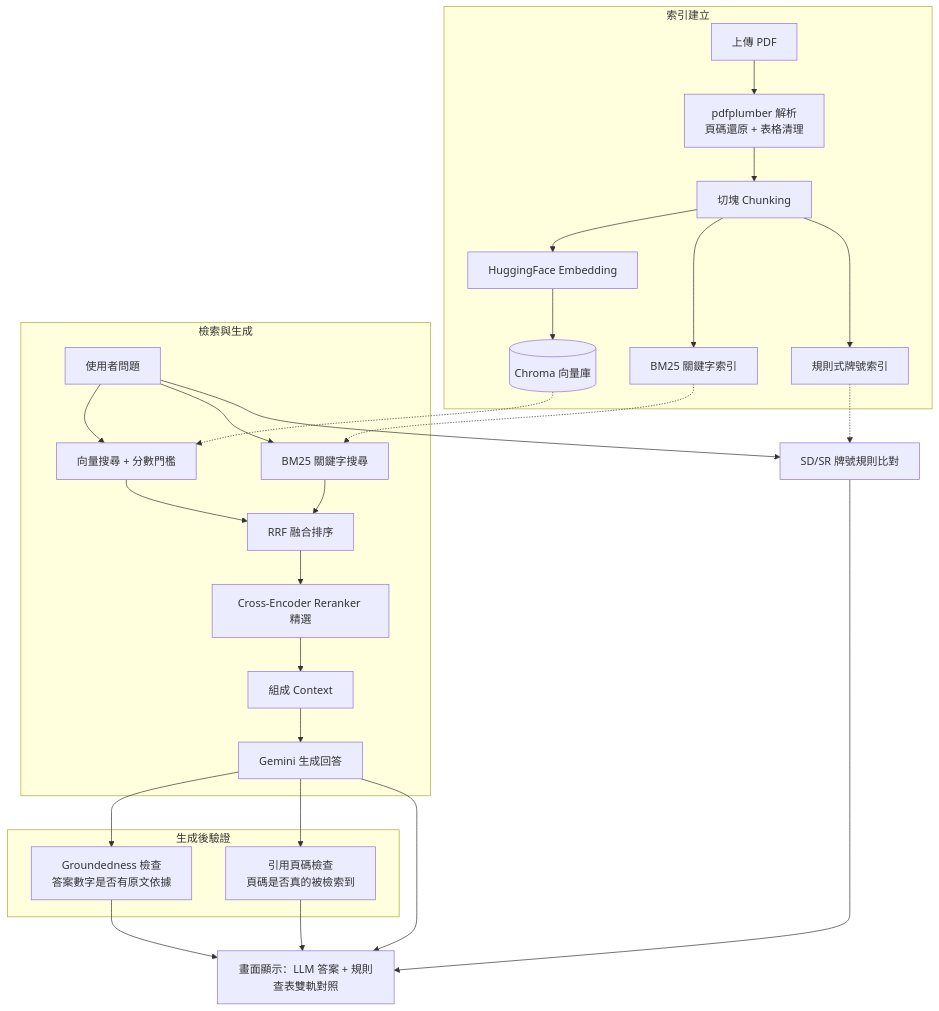
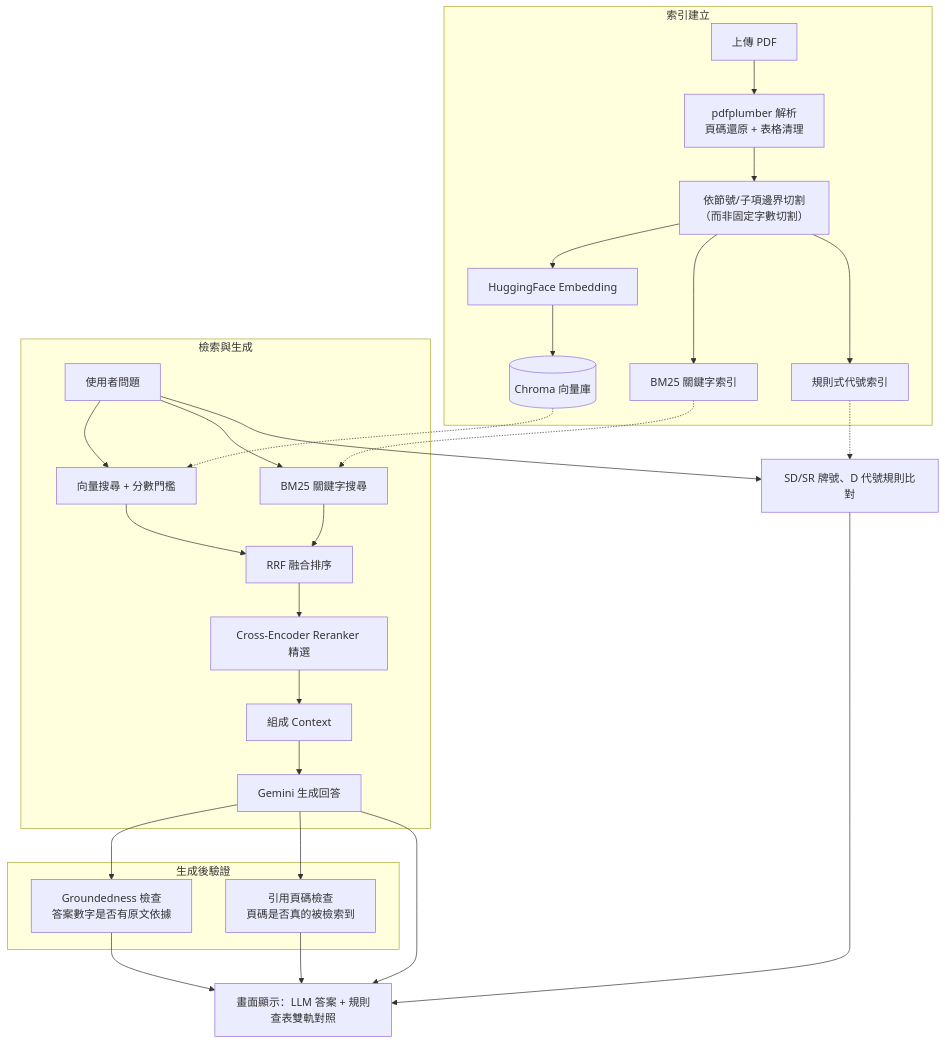
One commit to ching-pochiu/rag changed the diagram in README.md. Above: the diagram before and after it, drawn with Mermaid. The commit also changed other lines of this file, not shown here.

````diff
--- a/README.md
+++ b/README.md
@@ -13,36 +13,36 @@
 ```mermaid
 flowchart TB
     subgraph 索引建立
         A[上傳 PDF] --> B["pdfplumber 解析<br/>頁碼還原 + 表格清理"]
-        B --> C[切塊 Chunking]
+        B --> C["依節號/子項邊界切割<br/>（而非固定字數切割）"]
         C --> D[HuggingFace Embedding]
         D --> E[(Chroma 向量庫)]
         C --> F[BM25 關鍵字索引]
-        C --> G[規則式牌號索引]
+        C --> G[規則式代號索引]
     end
 
     subgraph 檢索與生成
         Q[使用者問題] --> D2[向量搜尋 + 分數門檻]
         Q --> F2[BM25 關鍵字搜尋]
         D2 --> R[RRF 融合排序]
         F2 --> R
         R --> RR[Cross-Encoder Reranker 精選]
         RR --> CTX[組成 Context]
         CTX --> LLM[Gemini 生成回答]
     end
 
     subgraph 生成後驗證
         LLM --> GC[Groundedness 檢查<br/>答案數字是否有原文依據]
         LLM --> CC[引用頁碼檢查<br/>頁碼是否真的被檢索到]
     end
 
-    Q --> RULE[SD/SR 牌號規則比對]
+    Q --> RULE[SD/SR 牌號、D 代號規則比對]
     RULE --> OUT[畫面顯示：LLM 答案 + 規則查表雙軌對照]
     LLM --> OUT
     GC --> OUT
     CC --> OUT
 
     E -.-> D2
     F -.-> F2
     G -.-> RULE
 ```
````
